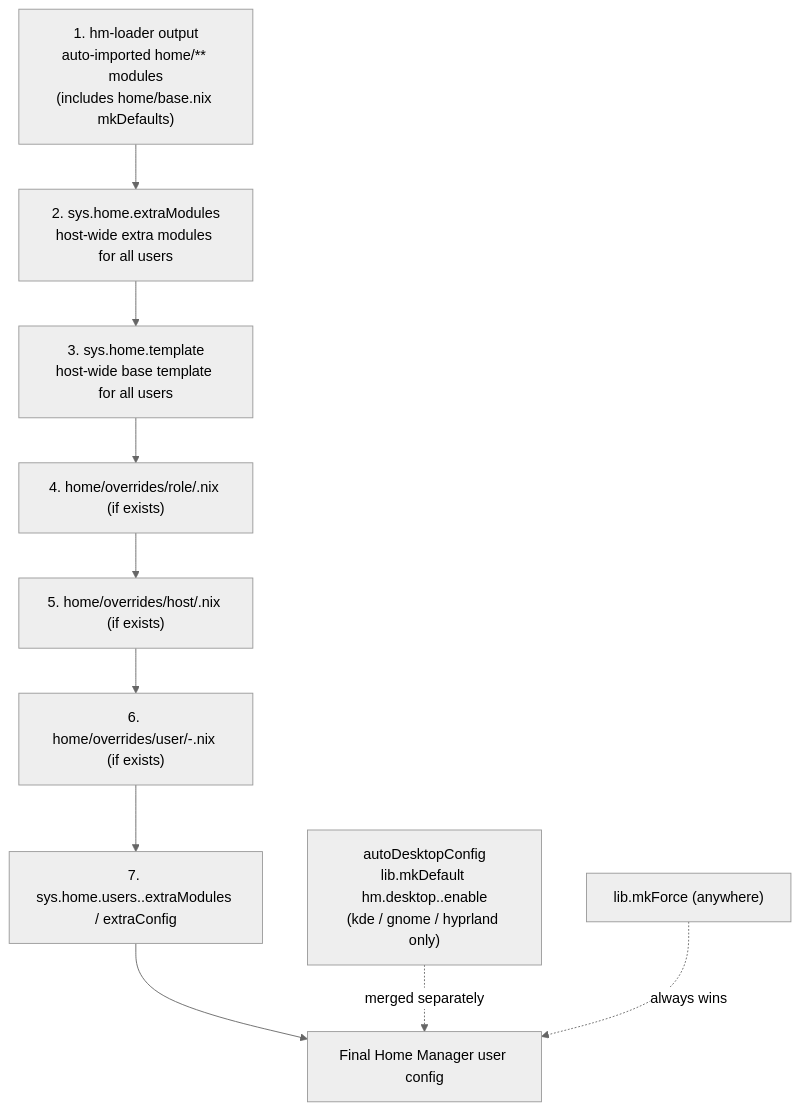
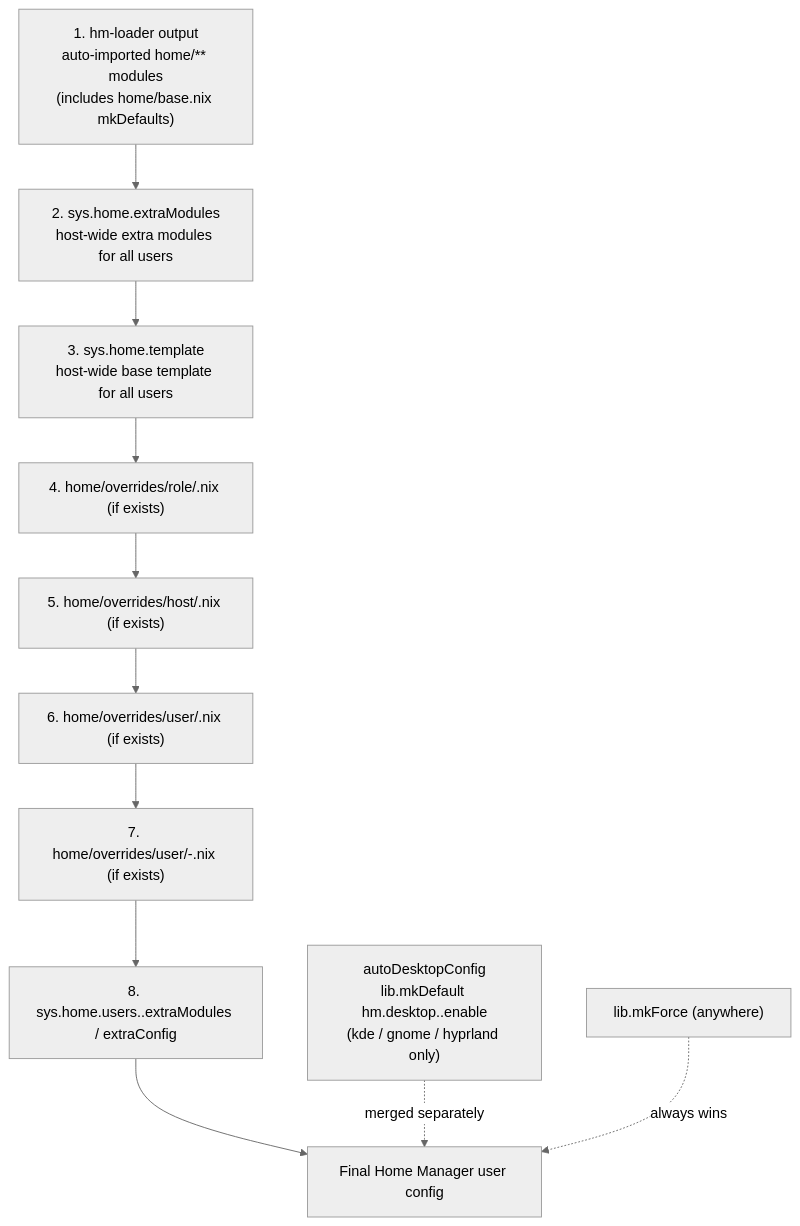
Before and after one commit to telometto/nix-config: the diagram in home/README.md, drawn with Mermaid (neutral theme). The commit also changed other lines of this file and 12 other files, not shown here.

````diff
--- a/home/README.md
+++ b/home/README.md
@@ -112,13 +118,14 @@
 ```mermaid
 flowchart TD
     A["1. hm-loader output\nauto-imported home/** modules\n(includes home/base.nix mkDefaults)"] --> B
     B["2. sys.home.extraModules\nhost-wide extra modules for all users"] --> C
     C["3. sys.home.template\nhost-wide base template for all users"] --> D
     D["4. home/overrides/role/<role>.nix (if exists)"] --> E
     E["5. home/overrides/host/<hostname>.nix (if exists)"] --> F
-    F["6. home/overrides/user/<user>-<host>.nix (if exists)"] --> G
-    G["7. sys.home.users.<name>.extraModules / extraConfig"] --> M
+    F["6. home/overrides/user/<user>.nix (if exists)"] --> G
+    G["7. home/overrides/user/<user>-<host>.nix (if exists)"] --> U
+    U["8. sys.home.users.<name>.extraModules / extraConfig"] --> M
     M["Final Home Manager user config"]
     AD["autoDesktopConfig\nlib.mkDefault hm.desktop.<flavor>.enable\n(kde / gnome / hyprland only)"] -.->|"merged separately"| M
-    H["lib.mkForce (anywhere)"] -.->|"always wins"| M
+    FRC["lib.mkForce (anywhere)"] -.->|"always wins"| M
 ```
````
